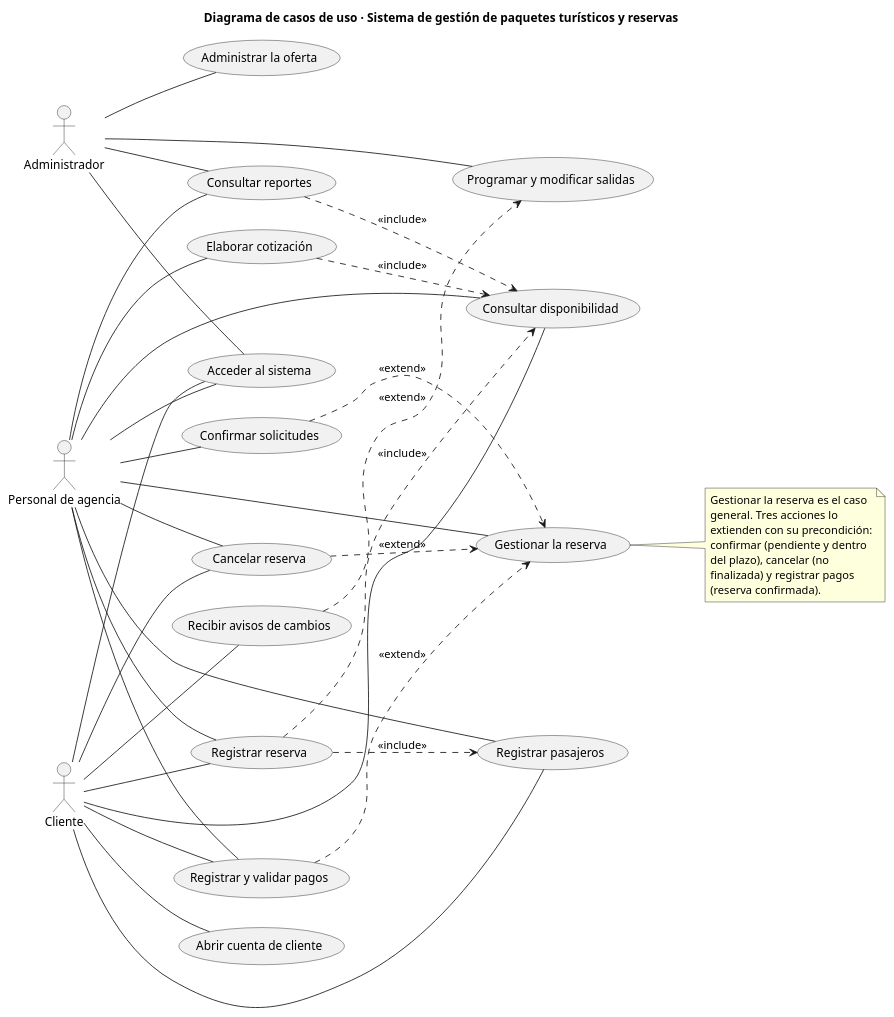
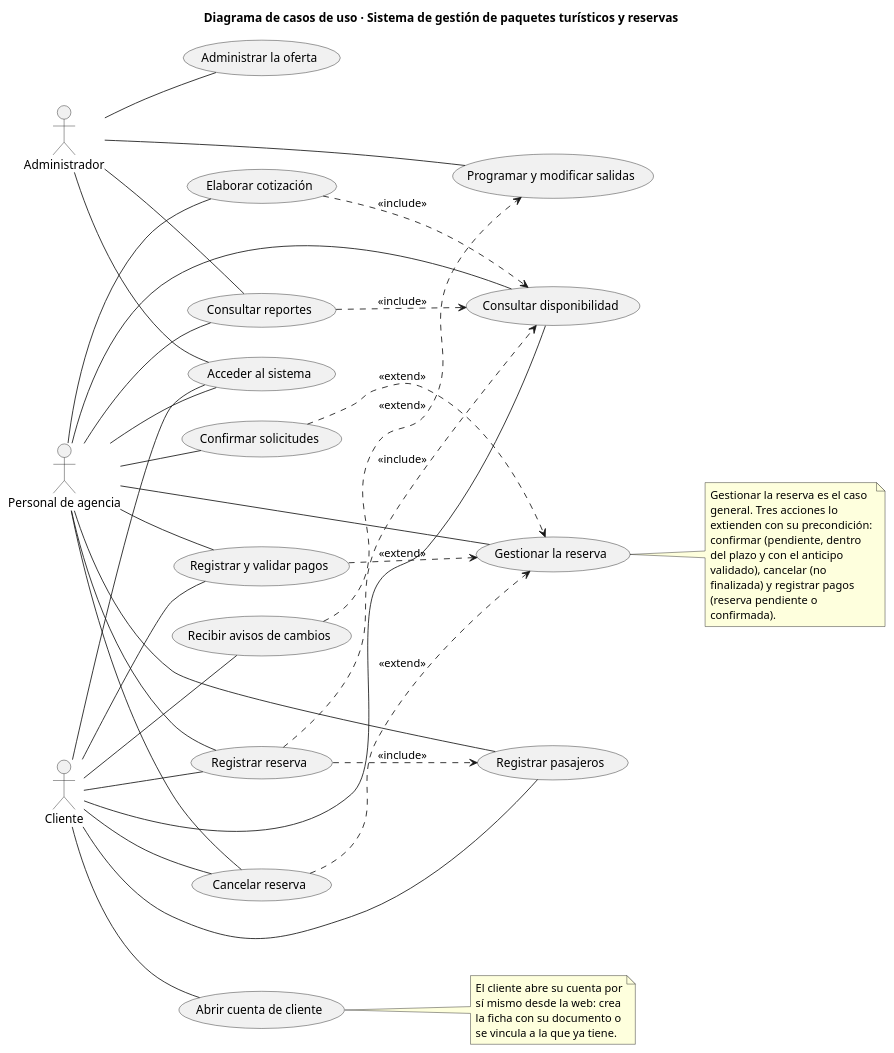
The diagram in sistema/diagramas/uml/casos-uso/casos-uso.puml (fervflow/sis-inf3-proyecto-formativo), drawn with PlantUML before and after one commit. The commit also changed 61 other files, not shown here.

```diff
--- a/sistema/diagramas/uml/casos-uso/casos-uso.puml
+++ b/sistema/diagramas/uml/casos-uso/casos-uso.puml
@@ -1,70 +1,79 @@
 @startuml
 title Diagrama de casos de uso · Sistema de gestión de paquetes turísticos y reservas
 ' Los 17 casos de uso del backlog se agrupan en 14 casos de uso del
 ' sistema: lo que el actor quiere conseguir, no las tareas internas.
 left to right direction
 actor "Cliente" as CLI
 actor "Personal de agencia" as PER
 actor "Administrador" as ADM
 
 usecase "Acceder al sistema" as UC1
 usecase "Abrir cuenta de cliente" as UC2
 usecase "Administrar la oferta" as UC3
 usecase "Programar y modificar salidas" as UC4
 usecase "Consultar disponibilidad" as UC5
 usecase "Elaborar cotización" as UC6
 usecase "Registrar reserva" as UC7
 usecase "Registrar pasajeros" as UC8
 usecase "Gestionar la reserva" as UC9
 usecase "Confirmar solicitudes" as UC10
 usecase "Cancelar reserva" as UC11
 usecase "Registrar y validar pagos" as UC12
 usecase "Consultar reportes" as UC13
 usecase "Recibir avisos de cambios" as UC14
 
 CLI -- UC1
 CLI -- UC2
 CLI -- UC5
 CLI -- UC7
 CLI -- UC8
 CLI -- UC11
 CLI -- UC12
 CLI -- UC14
 
 PER -- UC1
 PER -- UC5
 PER -- UC6
 PER -- UC7
 PER -- UC8
 PER -- UC9
 PER -- UC10
 PER -- UC11
 PER -- UC12
 PER -- UC13
 
 ADM -- UC1
 ADM -- UC3
 ADM -- UC4
 ADM -- UC13
 
 ' --- Relaciones entre casos de uso ------------------------------------
 UC6 ..> UC5 : <<include>>
 UC7 ..> UC5 : <<include>>
 UC7 ..> UC8 : <<include>>
 UC13 ..> UC5 : <<include>>
 UC10 ..> UC9 : <<extend>>
 UC11 ..> UC9 : <<extend>>
 UC12 ..> UC9 : <<extend>>
 UC14 ..> UC4 : <<extend>>
 
 note right of UC9
   Gestionar la reserva es el caso
   general. Tres acciones lo
   extienden con su precondición:
-  confirmar (pendiente y dentro
-  del plazo), cancelar (no
+  confirmar (pendiente, dentro
+  del plazo y con el anticipo
+  validado), cancelar (no
   finalizada) y registrar pagos
-  (reserva confirmada).
+  (reserva pendiente o
+  confirmada).
+end note
+
+note right of UC2
+  El cliente abre su cuenta por
+  sí mismo desde la web: crea
+  la ficha con su documento o
+  se vincula a la que ya tiene.
 end note
 
 @enduml
```
